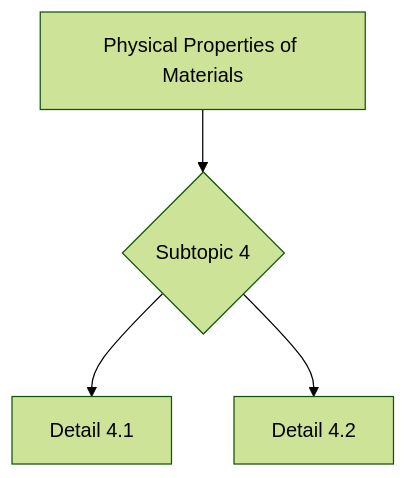
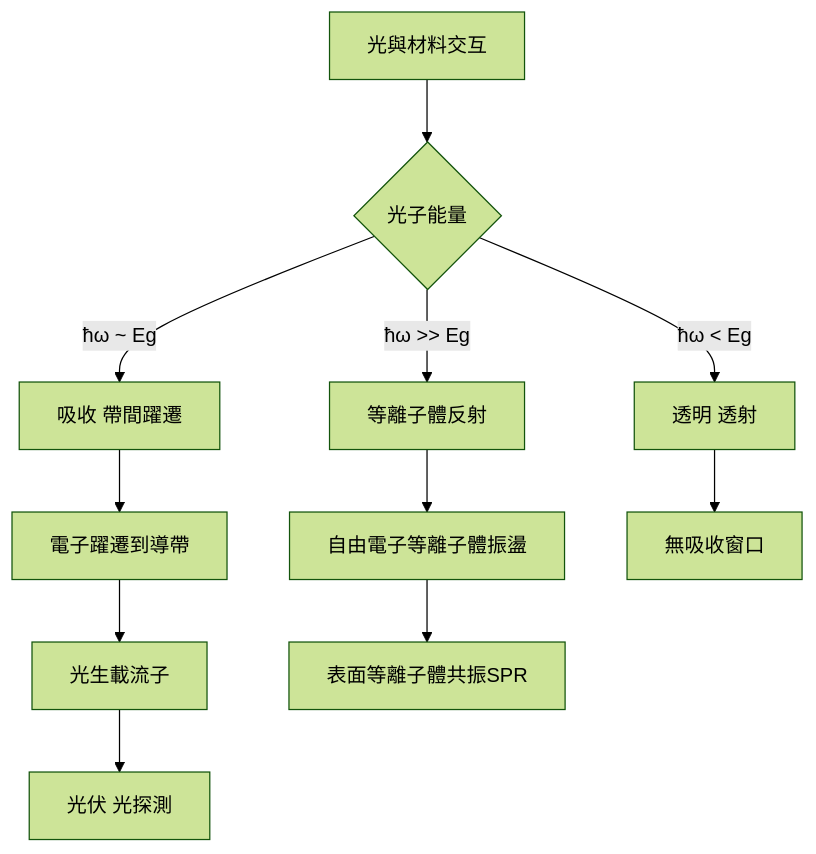
The fourth of 10 diagrams in 03_MSc_Physics/advanced_materials_concentration/MSPY_5210_Physical_Properties_Materials/README.md (yip-lgtm/PhysicsSelfStudy), drawn with Mermaid (forest theme) before and after one commit. The commit also changed other lines of this file and 21 other files, not shown here.

````diff
--- a/03_MSc_Physics/advanced_materials_concentration/MSPY_5210_Physical_Properties_Materials/README.md
+++ b/03_MSc_Physics/advanced_materials_concentration/MSPY_5210_Physical_Properties_Materials/README.md
@@ -283,6 +286,13 @@
 ```mermaid
 graph TD
-    A[Physical Properties of Materials] --> B{Subtopic 4}
-    B --> C[Detail 4.1]
-    B --> D[Detail 4.2]
+    A[光與材料交互] --> B{光子能量}
+    B -->|ħω < Eg| C[透明 透射]
+    B -->|ħω ~ Eg| D[吸收 帶間躍遷]
+    B -->|ħω >> Eg| E[等離子體反射]
+    D --> F[電子躍遷到導帶]
+    F --> G[光生載流子]
+    E --> H[自由電子等離子體振盪]
+    C --> I[無吸收窗口]
+    G --> J[光伏 光探測]
+    H --> K[表面等離子體共振SPR]
 ```
````
